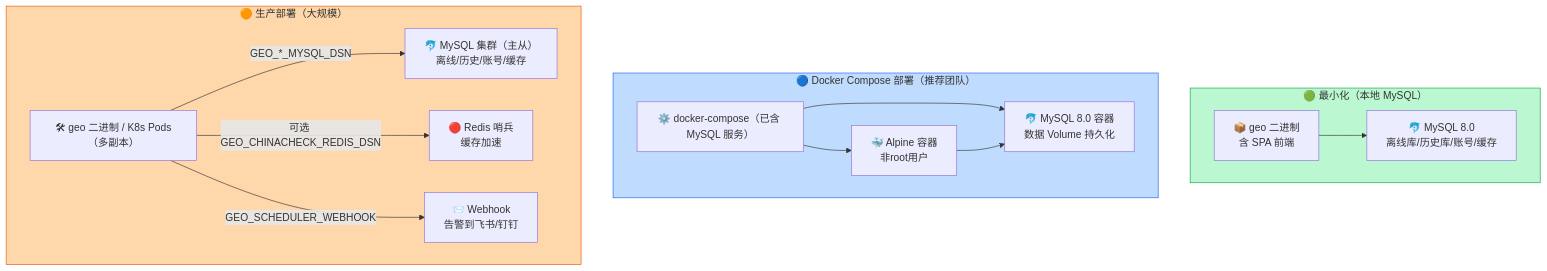
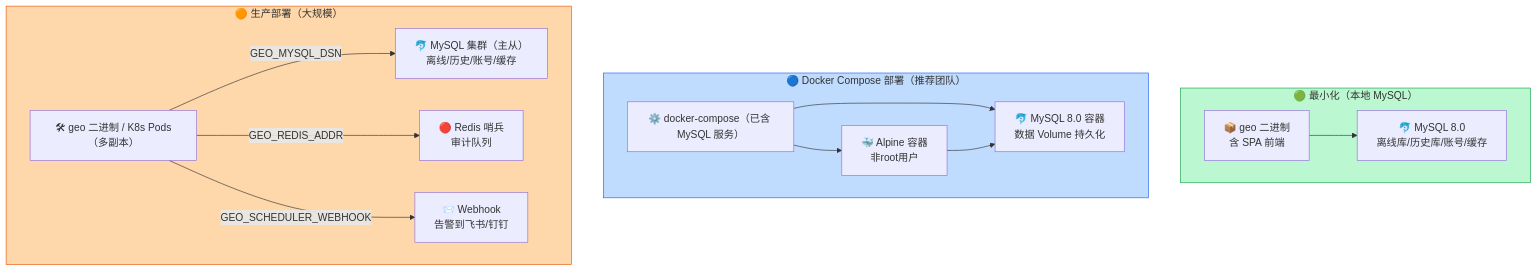
Before and after one commit to deep2code/geo: diagram 30 of 31 in docs/architecture.md, drawn with Mermaid. The commit also changed other lines of this file and 47 other files, not shown here.

````diff
--- a/docs/architecture.md
+++ b/docs/architecture.md
@@ -822,27 +820,27 @@
 ```mermaid
 graph TB
     subgraph 最小化["🟢 最小化（本地 MySQL）"]
         direction LR
         BIN["📦 geo 二进制<br/>含 SPA 前端"]
         BIN --> MY8["🐬 MySQL 8.0<br/>离线库/历史库/账号/缓存"]
     end
 
     subgraph Docker["🔵 Docker Compose 部署（推荐团队）"]
         DC["⚙️ docker-compose（已含 MySQL 服务）"]
         DC --> C["🐳 Alpine 容器<br/>非root用户"]
         DC --> MY["🐬 MySQL 8.0 容器<br/>数据 Volume 持久化"]
         C --> MY
     end
 
     subgraph 生产["🟠 生产部署（大规模）"]
         direction LR
         BIN2["🛠 geo 二进制 / K8s Pods（多副本）"]
-        BIN2 --"GEO_*_MYSQL_DSN"--> MYC["🐬 MySQL 集群（主从）<br/>离线/历史/账号/缓存"]
-        BIN2 --"可选 GEO_CHINACHECK_REDIS_DSN"--> REDIS["🔴 Redis 哨兵<br/>缓存加速"]
+        BIN2 --"GEO_MYSQL_DSN"--> MYC["🐬 MySQL 集群（主从）<br/>离线/历史/账号/缓存"]
+        BIN2 --"GEO_REDIS_ADDR"--> REDIS["🔴 Redis 哨兵<br/>审计队列"]
         BIN2 --"GEO_SCHEDULER_WEBHOOK"--> WEB["📨 Webhook<br/>告警到飞书/钉钉"]
     end
 
     style 最小化 fill:#bbf7d0,stroke:#16a34a
     style Docker fill:#bfdbfe,stroke:#2563eb
     style 生产 fill:#fed7aa,stroke:#ea580c
 ```
````
